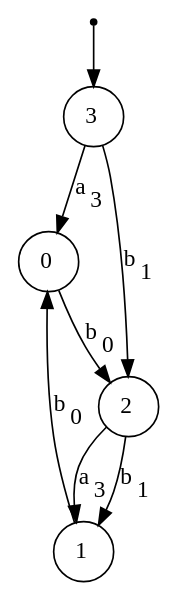
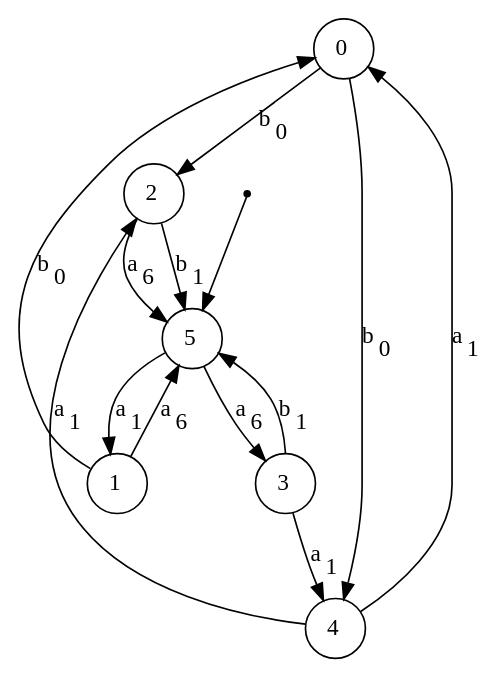
One commit to Reithger/Finite-State-Machine-Model changed the diagram in dotsource.dot. Above: the diagram before and after it, drawn with Graphviz. The commit also changed 13 other files, not shown here.

```diff
--- a/dotsource.dot
+++ b/dotsource.dot
@@ -1,14 +1,22 @@
 digraph G {
 "n0"[label= <0> shape=circle color="black" style=wedged fillcolor="white" style=filled];
 "n1"[label= <1> shape=circle color="black" style=wedged fillcolor="white" style=filled];
 "n2"[label= <2> shape=circle color="black" style=wedged fillcolor="white" style=filled];
 "n3"[label= <3> shape=circle color="black" style=wedged fillcolor="white" style=filled];
-"ArbitraryUnusedNameNoWorriesJustGrooving4"[fontSize=1 shape=point];
-{"ArbitraryUnusedNameNoWorriesJustGrooving4"}->{"n3"};
+"n4"[label= <4> shape=circle color="black" style=wedged fillcolor="white" style=filled];
+"n5"[label= <5> shape=circle color="black" style=wedged fillcolor="white" style=filled];
+"ArbitraryUnusedNameNoWorriesJustGrooving6"[fontSize=1 shape=point];
+{"ArbitraryUnusedNameNoWorriesJustGrooving6"}->{"n5"};
 {"n0"}->{"n2"}[label = <b<sub>0</sub>> color="black" arrowhead="normal" style=""];
+{"n0"}->{"n4"}[label = <b<sub>0</sub>> color="black" arrowhead="normal" style=""];
 {"n1"}->{"n0"}[label = <b<sub>0</sub>> color="black" arrowhead="normal" style=""];
-{"n2"}->{"n1"}[label = <b<sub>1</sub>> color="black" arrowhead="normal" style=""];
-{"n2"}->{"n1"}[label = <a<sub>3</sub>> color="black" arrowhead="normal" style=""];
-{"n3"}->{"n0"}[label = <a<sub>3</sub>> color="black" arrowhead="normal" style=""];
-{"n3"}->{"n2"}[label = <b<sub>1</sub>> color="black" arrowhead="normal" style=""];
+{"n1"}->{"n5"}[label = <a<sub>6</sub>> color="black" arrowhead="normal" style=""];
+{"n2"}->{"n5"}[label = <a<sub>6</sub>> color="black" arrowhead="normal" style=""];
+{"n2"}->{"n5"}[label = <b<sub>1</sub>> color="black" arrowhead="normal" style=""];
+{"n3"}->{"n4"}[label = <a<sub>1</sub>> color="black" arrowhead="normal" style=""];
+{"n3"}->{"n5"}[label = <b<sub>1</sub>> color="black" arrowhead="normal" style=""];
+{"n4"}->{"n2"}[label = <a<sub>1</sub>> color="black" arrowhead="normal" style=""];
+{"n4"}->{"n0"}[label = <a<sub>1</sub>> color="black" arrowhead="normal" style=""];
+{"n5"}->{"n3"}[label = <a<sub>6</sub>> color="black" arrowhead="normal" style=""];
+{"n5"}->{"n1"}[label = <a<sub>1</sub>> color="black" arrowhead="normal" style=""];
 }
```
